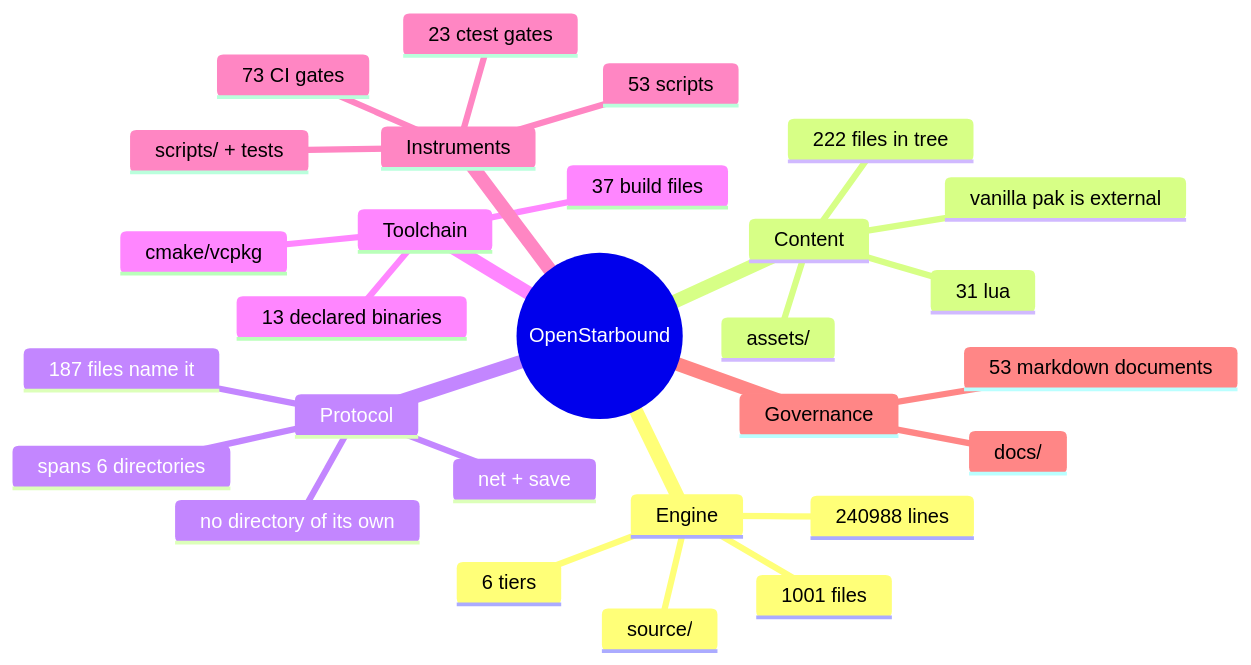
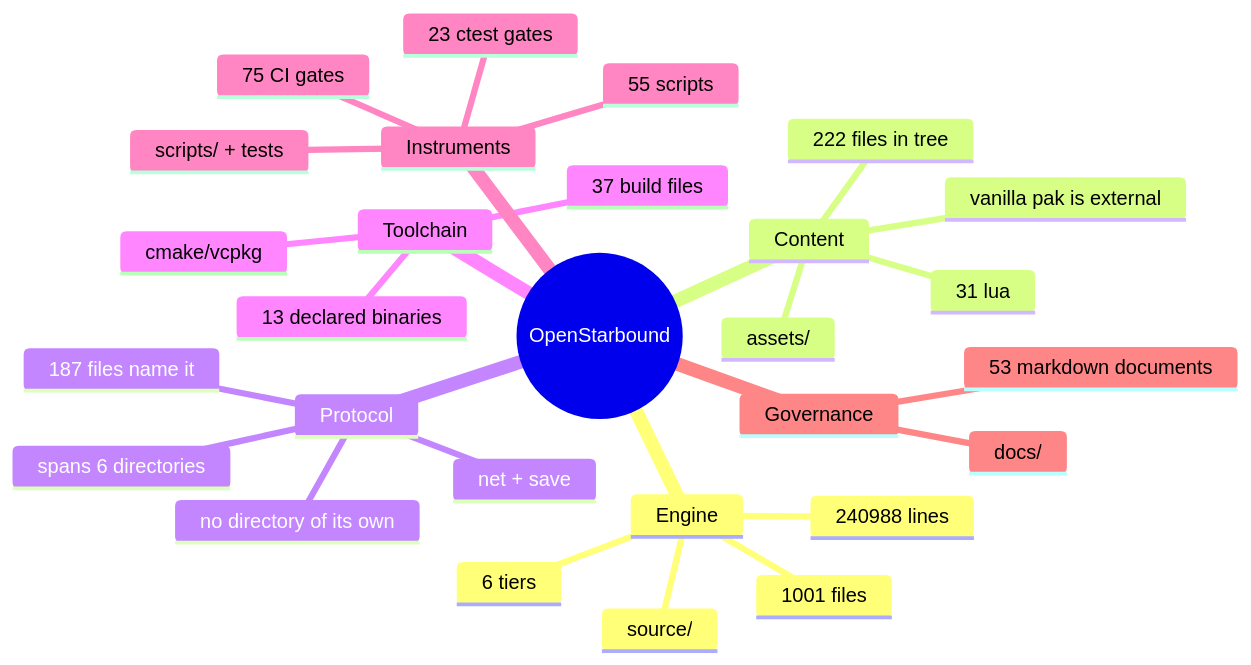
The second of 11 diagrams in docs/architecture/system-boundaries.md (apnex/OpenStarbound), drawn with Mermaid before and after one commit. The commit also changed 8 other files, not shown here.

````diff
--- a/docs/architecture/system-boundaries.md
+++ b/docs/architecture/system-boundaries.md
@@ -166,31 +166,31 @@
 ```mermaid
 mindmap
   root((OpenStarbound))
     Engine
       source/
       1001 files
       240988 lines
       6 tiers
     Content
       assets/
       222 files in tree
       31 lua
       vanilla pak is external
     Protocol
       net + save
       187 files name it
       spans 6 directories
       no directory of its own
     Toolchain
       cmake/vcpkg
       37 build files
       13 declared binaries
     Instruments
       scripts/ + tests
-      53 scripts
+      55 scripts
       23 ctest gates
-      73 CI gates
+      75 CI gates
     Governance
       docs/
       53 markdown documents
 ```
````
